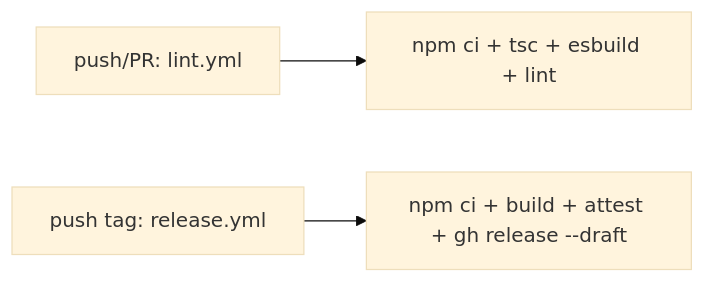
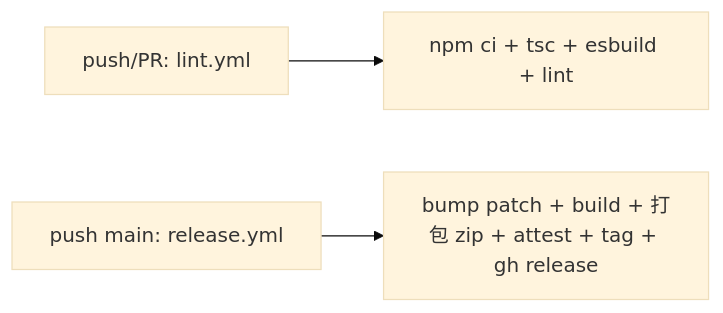
One commit to joke-lx/ob-ps changed the diagram in .claude/skills/ob-ps-work-flow/SKILL.md. Above: the diagram before and after it, drawn with Mermaid (base theme). The commit also changed other lines of this file and 4 other files, not shown here.

````diff
--- a/.claude/skills/ob-ps-work-flow/SKILL.md
+++ b/.claude/skills/ob-ps-work-flow/SKILL.md
@@ -156,5 +157,5 @@
 ```mermaid
 flowchart LR
     LINT[push/PR: lint.yml] --> BUILD[npm ci + tsc + esbuild + lint]
-    TAG[push tag: release.yml] --> RELEASE[npm ci + build + attest + gh release --draft]
+    MAIN[push main: release.yml] --> REL[bump patch + build + 打包 zip + attest + tag + gh release]
 ```
````
